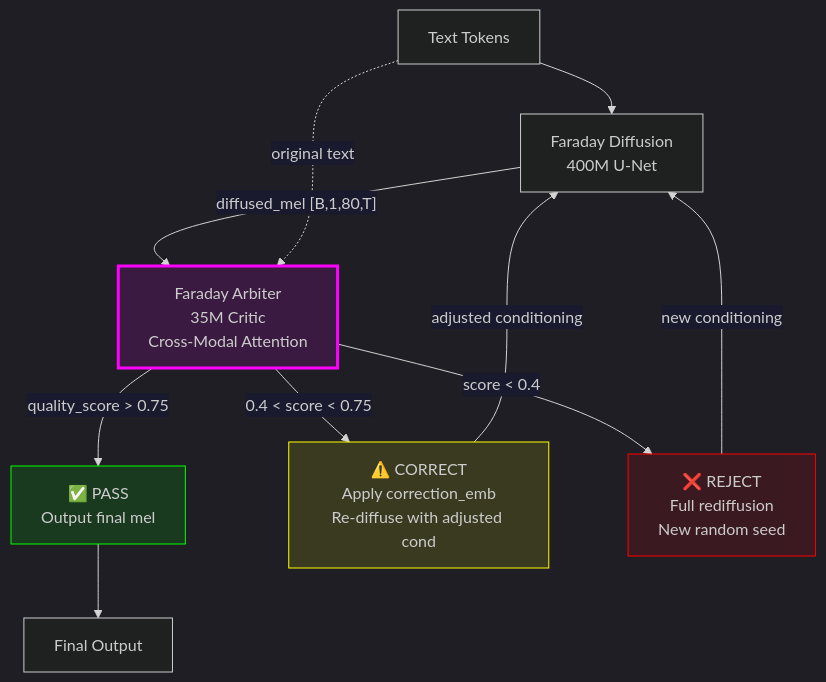
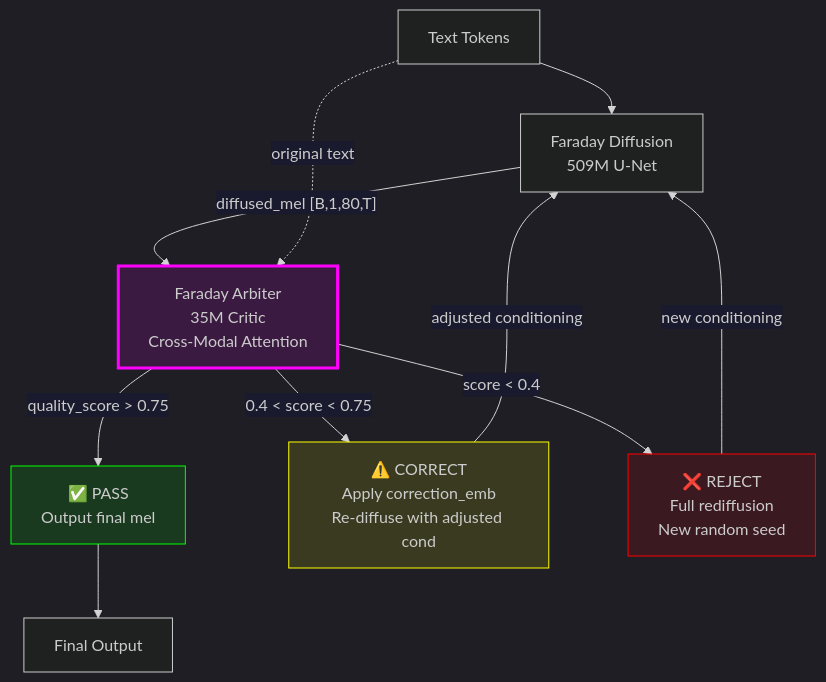
One commit to teerthsharma/seal-demon-tts changed the fourth of 6 diagrams in README.md. Above: the diagram before and after it, drawn with Mermaid. The commit also changed other lines of this file and 24 other files, not shown here.

````diff
--- a/README.md
+++ b/README.md
@@ -559,25 +809,25 @@
 ```mermaid
 %%{init: {'theme': 'dark', 'themeVariables': { 'primaryColor': '#ff00ff', 'edgeLabelBackground':'#1a1a2e', 'tertiaryColor': '#00ffff'}}}%%
 flowchart TB
     TEXT["Text Tokens"]
-    FARADAY["Faraday Diffusion<br/>400M U-Net"]
+    FARADAY["Faraday Diffusion<br/>509M U-Net"]
     ARBITER["Faraday Arbiter<br/>35M Critic<br/>Cross-Modal Attention"]
 
     TEXT --> FARADAY
     FARADAY -->|"diffused_mel [B,1,80,T]"| ARBITER
     TEXT -.->|"original text"| ARBITER
 
     ARBITER -->|"quality_score > 0.75"| PASS["✅ PASS<br/>Output final mel"]
     ARBITER -->|"0.4 < score < 0.75"| CORRECT["⚠️ CORRECT<br/>Apply correction_emb<br/>Re-diffuse with adjusted cond"]
     ARBITER -->|"score < 0.4"| REJECT["❌ REJECT<br/>Full rediffusion<br/>New random seed"]
 
     CORRECT -->|"adjusted conditioning"| FARADAY
     REJECT -->|"new conditioning"| FARADAY
 
     PASS --> OUT["Final Output"]
 
     style ARBITER fill:#ff00ff20,stroke:#ff00ff,stroke-width:3px
     style PASS fill:#00ff0020,stroke:#00ff00
     style CORRECT fill:#ffff0020,stroke:#ffff00
     style REJECT fill:#ff000020,stroke:#ff0000
 ```
````
